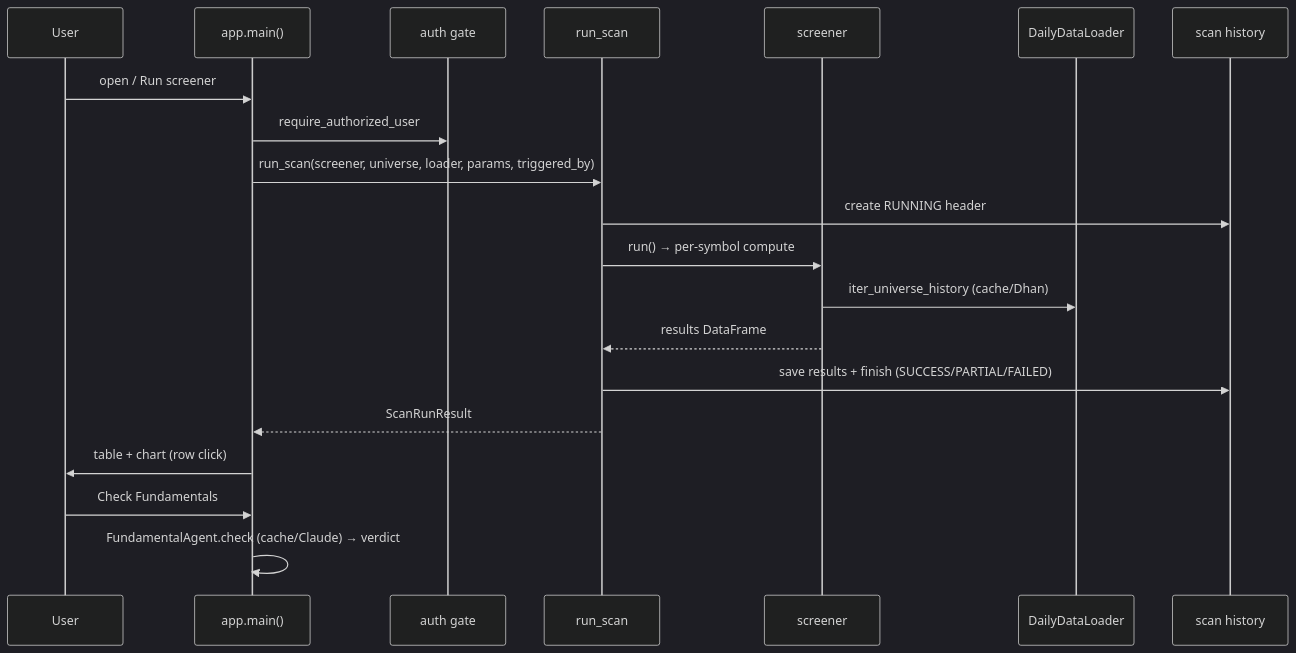
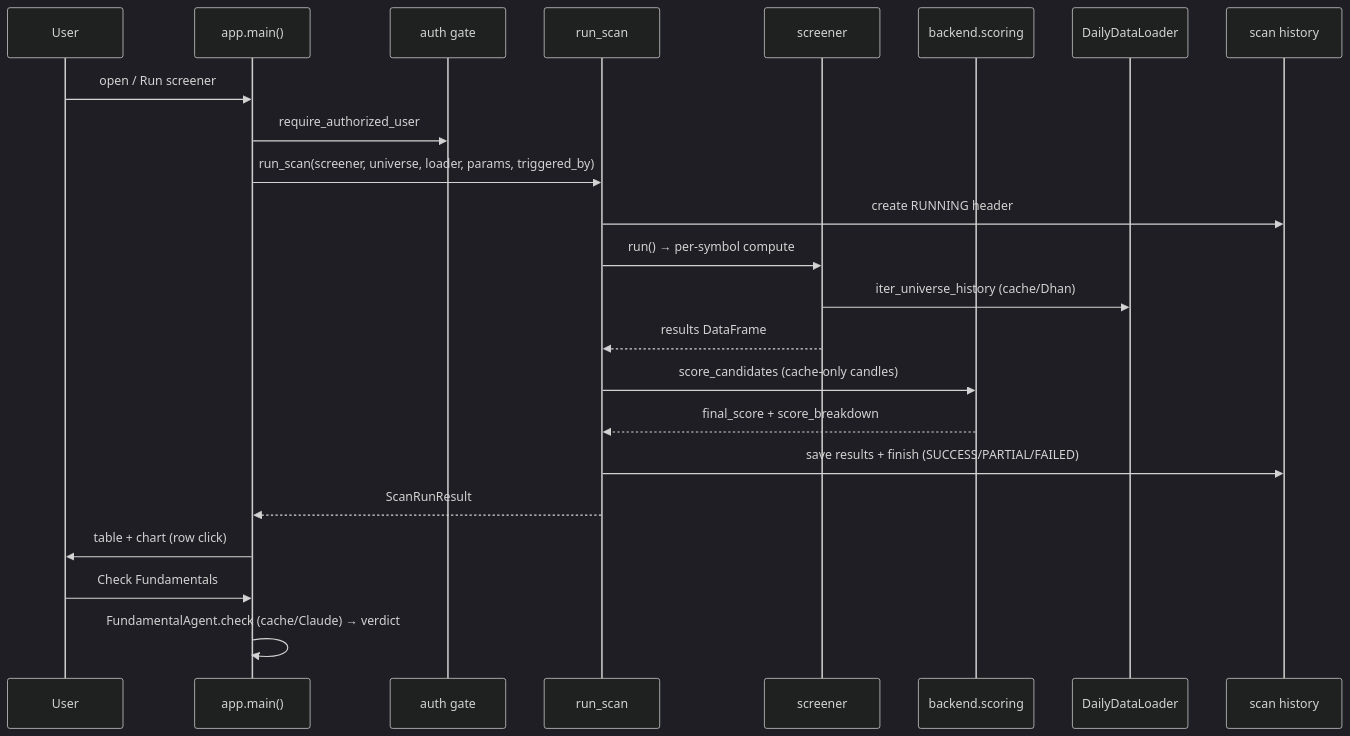
The third of 5 diagrams in docs/architecture/high-level-design.md (DoRmAmMu1997/Streamlit-Scanner-App), drawn with Mermaid (dark theme) before and after one commit. The commit also changed other lines of this file and 28 other files, not shown here.

````diff
--- a/docs/architecture/high-level-design.md
+++ b/docs/architecture/high-level-design.md
@@ -129,22 +130,25 @@
 ```mermaid
 sequenceDiagram
     participant U as User
     participant App as app.main()
     participant Auth as auth gate
     participant Svc as run_scan
     participant Scr as screener
+    participant Score as backend.scoring
     participant Loader as DailyDataLoader
     participant DB as scan history
     U->>App: open / Run screener
     App->>Auth: require_authorized_user
     App->>Svc: run_scan(screener, universe, loader, params, triggered_by)
     Svc->>DB: create RUNNING header
     Svc->>Scr: run() → per-symbol compute
     Scr->>Loader: iter_universe_history (cache/Dhan)
     Scr-->>Svc: results DataFrame
+    Svc->>Score: score_candidates (cache-only candles)
+    Score-->>Svc: final_score + score_breakdown
     Svc->>DB: save results + finish (SUCCESS/PARTIAL/FAILED)
     Svc-->>App: ScanRunResult
     App->>U: table + chart (row click)
     U->>App: Check Fundamentals
     App->>App: FundamentalAgent.check (cache/Claude) → verdict
 ```
````
